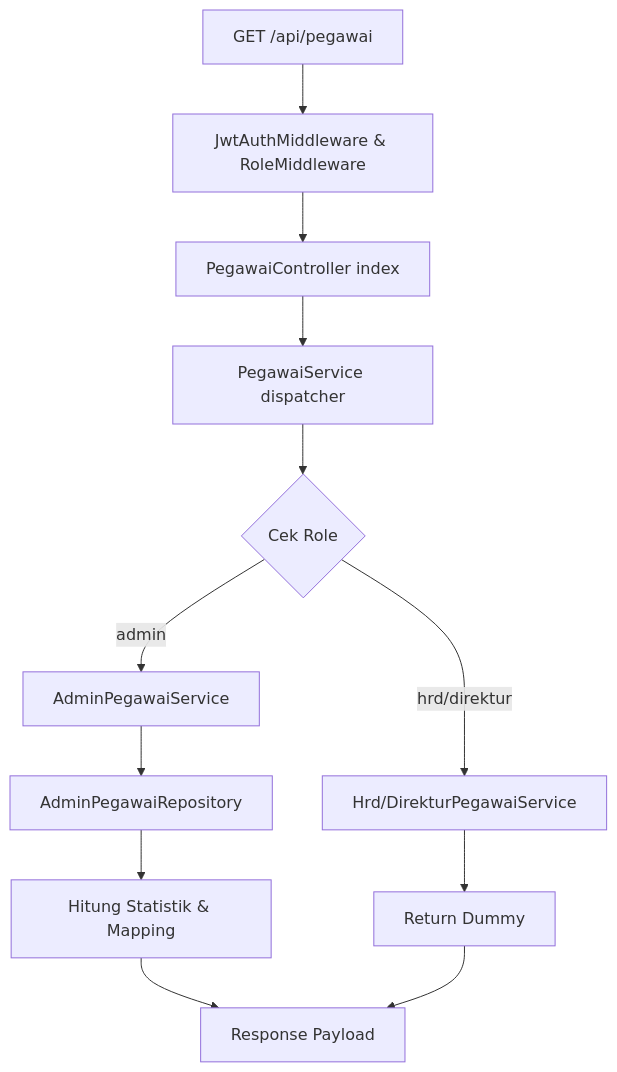
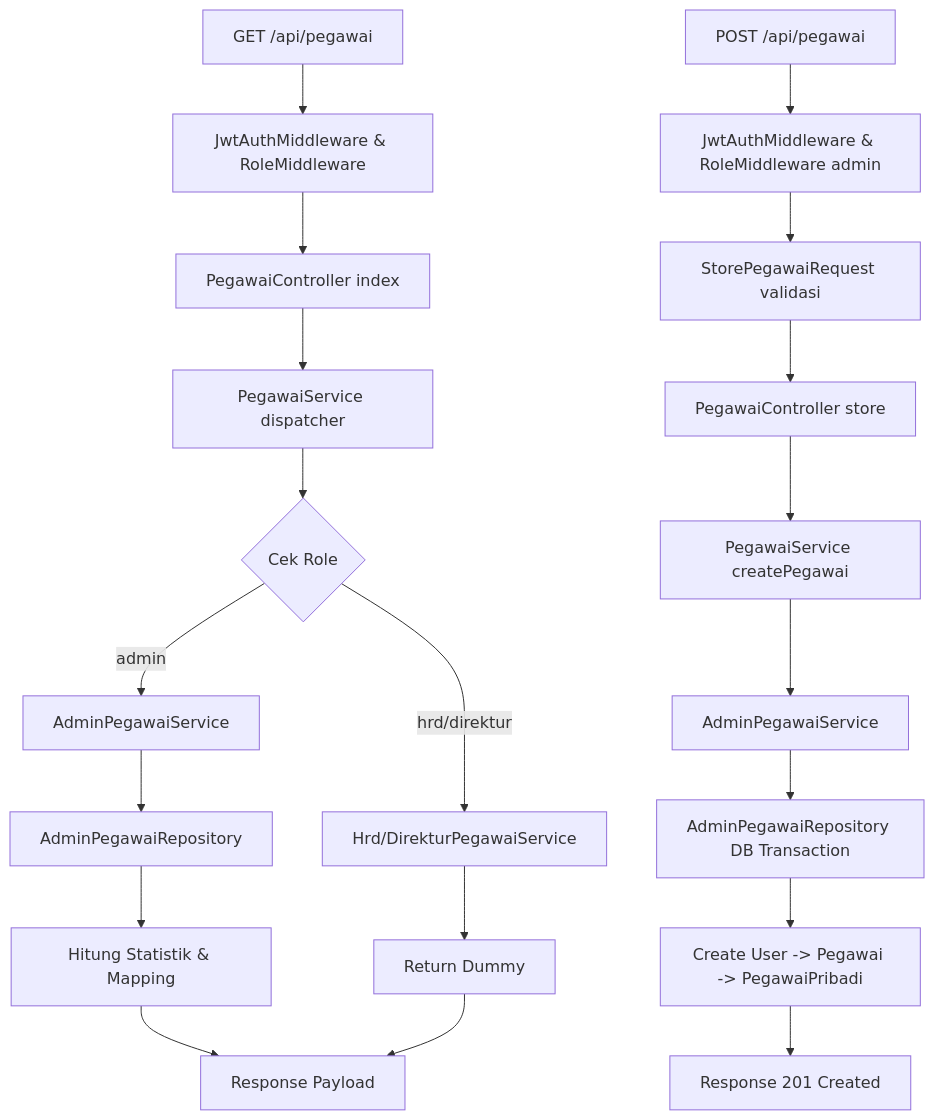
Before and after one commit to widy4aa/BE-SIMPEG-RSKALISAT: diagram 33 of 36 in dokumentasi/dokumentasi_app.md, drawn with Mermaid. The commit also changed other lines of this file and 21 other files, not shown here.

````diff
--- a/dokumentasi/dokumentasi_app.md
+++ b/dokumentasi/dokumentasi_app.md
@@ -1496,14 +1517,23 @@
 ```mermaid
 flowchart TD
 	A[GET /api/pegawai] --> B[JwtAuthMiddleware & RoleMiddleware]
 	B --> C[PegawaiController index]
 	C --> D[PegawaiService dispatcher]
 	D --> E{Cek Role}
 	E -- admin --> F[AdminPegawaiService]
 	F --> G[AdminPegawaiRepository]
 	G --> H[Hitung Statistik & Mapping]
 	E -- hrd/direktur --> I[Hrd/DirekturPegawaiService]
 	I --> J[Return Dummy]
 	H --> K[Response Payload]
 	J --> K
+
+	L[POST /api/pegawai] --> M[JwtAuthMiddleware & RoleMiddleware admin]
+	M --> N[StorePegawaiRequest validasi]
+	N --> O[PegawaiController store]
+	O --> P[PegawaiService createPegawai]
+	P --> Q[AdminPegawaiService]
+	Q --> R[AdminPegawaiRepository DB Transaction]
+	R --> S[Create User -> Pegawai -> PegawaiPribadi]
+	S --> T[Response 201 Created]
 ```
````
